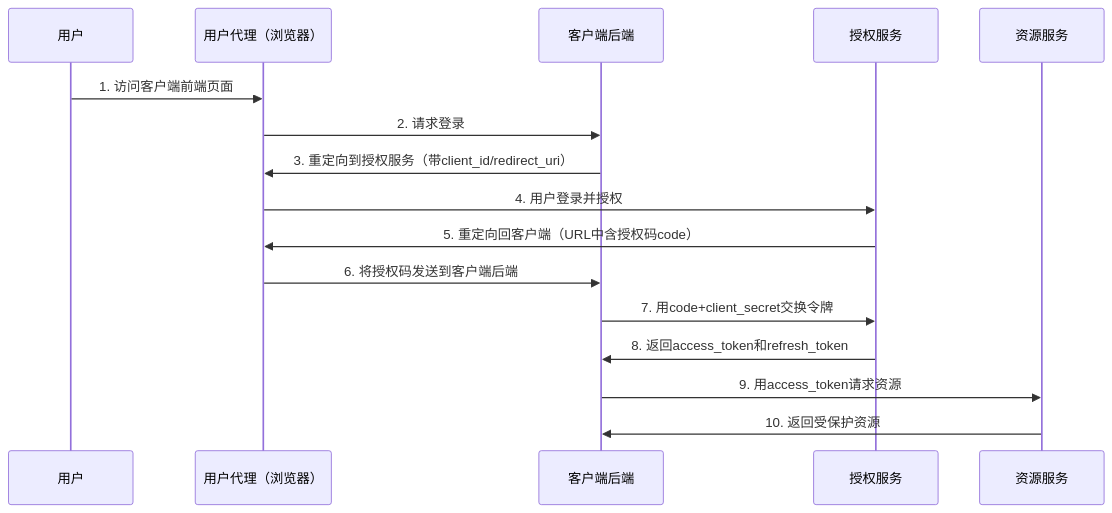
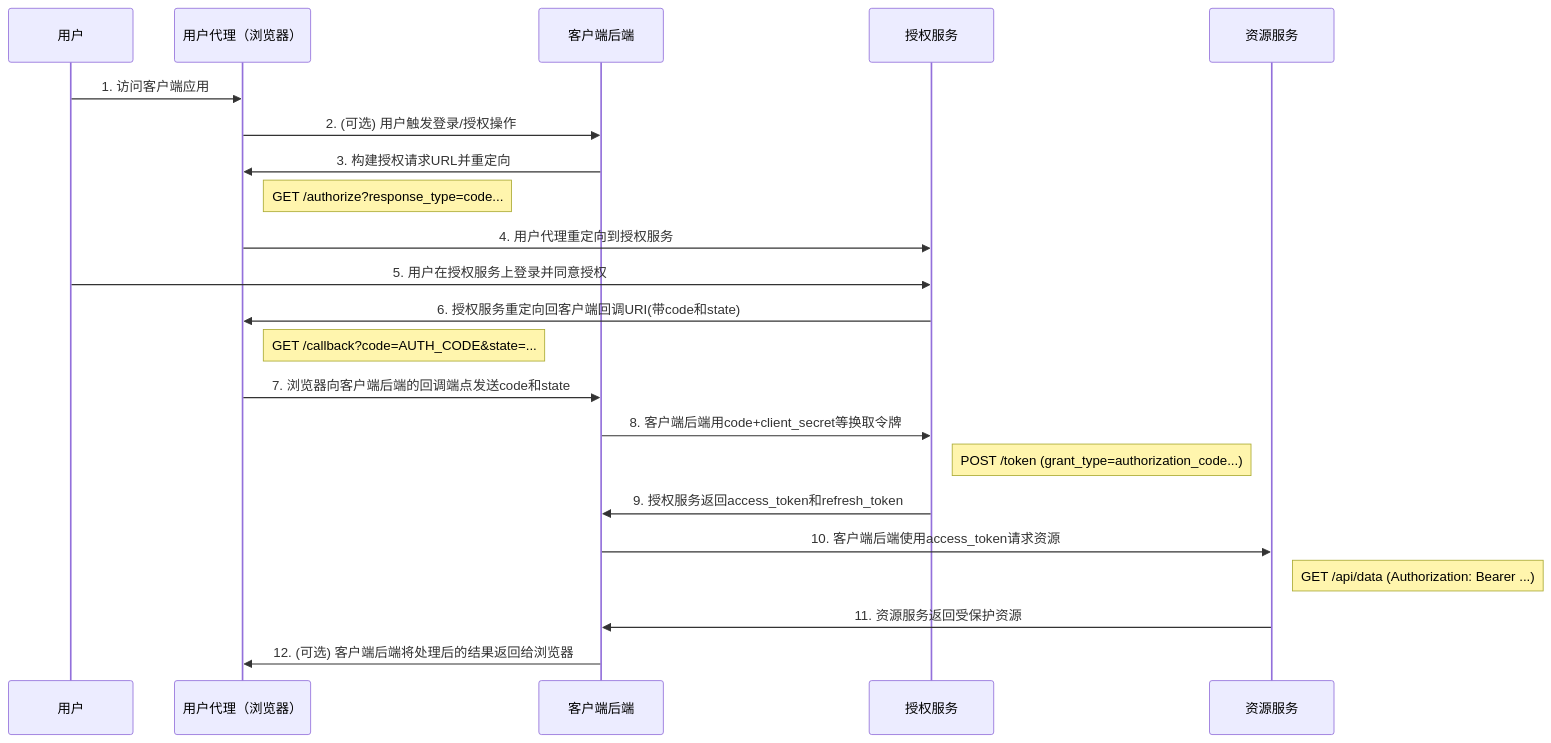
One commit to xunbu/notes changed the sixth of 9 diagrams in 互联网认证授权机制/互联网认证授权机制.md. Above: the diagram before and after it, drawn with Mermaid. The commit also changed other lines of this file, not shown here.

````diff
--- a/互联网认证授权机制/互联网认证授权机制.md
+++ b/互联网认证授权机制/互联网认证授权机制.md
@@ -187,20 +188,26 @@
 ```mermaid
 sequenceDiagram
     participant User as 用户
     participant Browser as 用户代理（浏览器）
     participant ClientBackend as 客户端后端
     participant AuthServer as 授权服务
     participant ResourceServer as 资源服务
 
-    User->>Browser: 1. 访问客户端前端页面
-    Browser->>ClientBackend: 2. 请求登录
-    ClientBackend->>Browser: 3. 重定向到授权服务（带client_id/redirect_uri）
-    Browser->>AuthServer: 4. 用户登录并授权
-    AuthServer->>Browser: 5. 重定向回客户端（URL中含授权码code）
-    Browser->>ClientBackend: 6. 将授权码发送到客户端后端
-    ClientBackend->>AuthServer: 7. 用code+client_secret交换令牌
-    AuthServer->>ClientBackend: 8. 返回access_token和refresh_token
-    ClientBackend->>ResourceServer: 9. 用access_token请求资源
-    ResourceServer->>ClientBackend: 10. 返回受保护资源
+    User->>Browser: 1. 访问客户端应用
+    Browser->>ClientBackend: 2. (可选) 用户触发登录/授权操作
+    ClientBackend->>Browser: 3. 构建授权请求URL并重定向
+    Note right of Browser: GET /authorize?response_type=code...
+    Browser->>AuthServer: 4. 用户代理重定向到授权服务
+    User->>AuthServer: 5. 用户在授权服务上登录并同意授权
+    AuthServer->>Browser: 6. 授权服务重定向回客户端回调URI(带code和state)
+    Note right of Browser: GET /callback?code=AUTH_CODE&state=...
+    Browser->>ClientBackend: 7. 浏览器向客户端后端的回调端点发送code和state
+    ClientBackend->>AuthServer: 8. 客户端后端用code+client_secret等换取令牌
+    Note right of AuthServer: POST /token (grant_type=authorization_code...)
+    AuthServer->>ClientBackend: 9. 授权服务返回access_token和refresh_token
+    ClientBackend->>ResourceServer: 10. 客户端后端使用access_token请求资源
+    Note right of ResourceServer: GET /api/data (Authorization: Bearer ...)
+    ResourceServer->>ClientBackend: 11. 资源服务返回受保护资源
+    ClientBackend->>Browser: 12. (可选) 客户端后端将处理后的结果返回给浏览器
 
 ```
````
